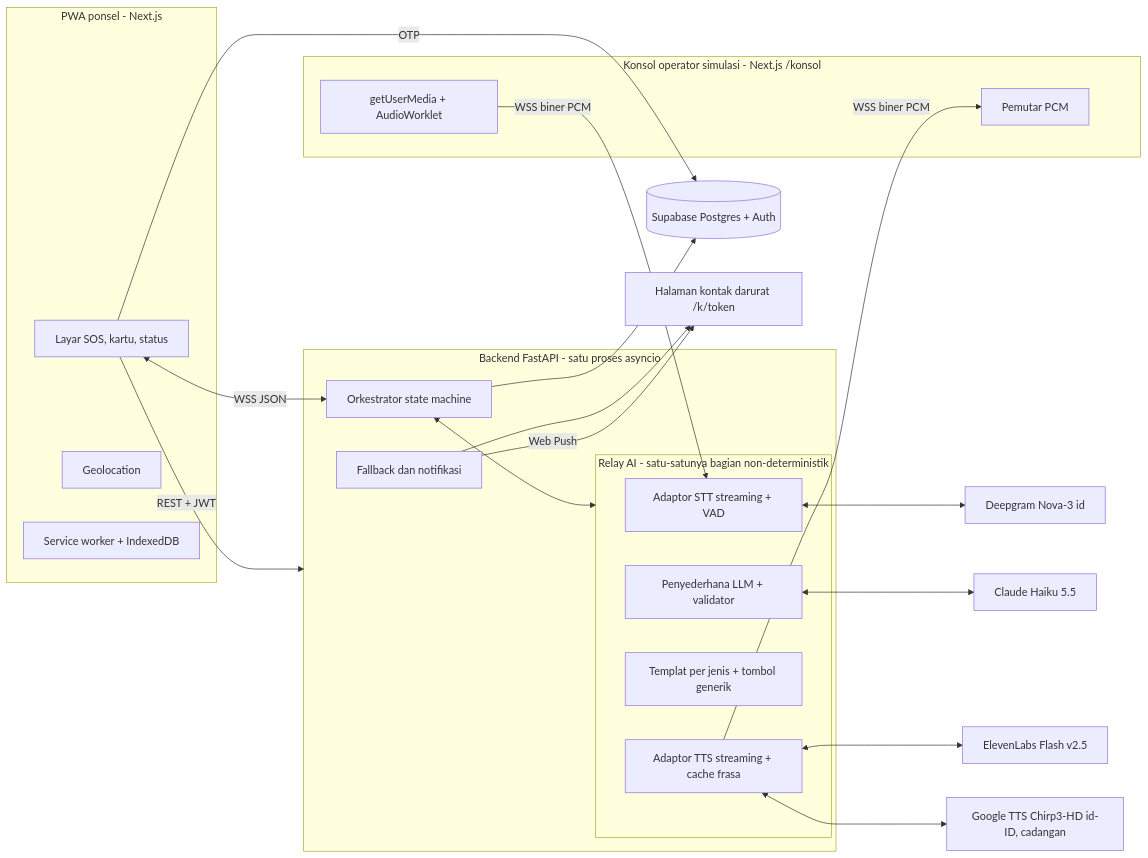
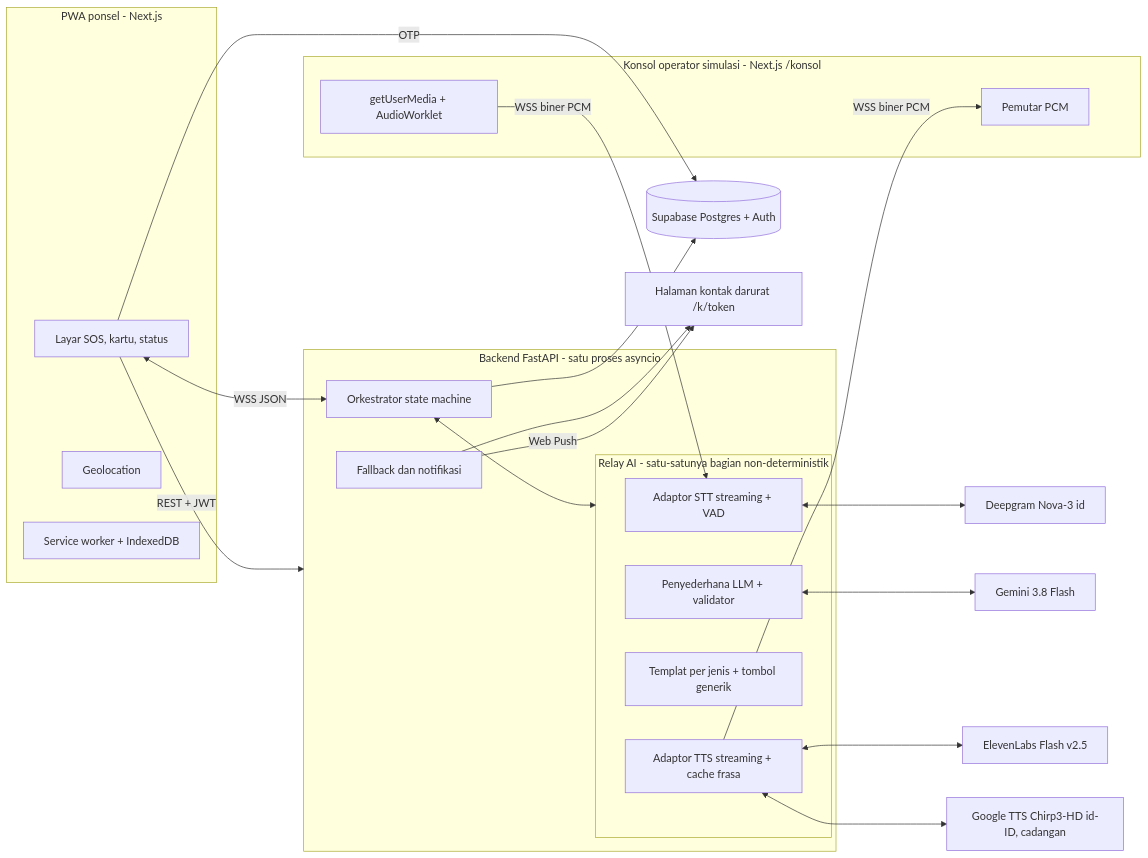
Before and after one commit to Faiz7557/IRIS-Inception: the first of 2 diagrams in README.md, drawn with Mermaid. The commit also changed other lines of this file and 5 other files, not shown here.

Commit message:
docs(llm): hapus sisa jejak claude opus dan haiku, tetapkan gemini flash sebagai llm utama

````diff
--- a/README.md
+++ b/README.md
@@ -89,42 +89,42 @@
 ```mermaid
 flowchart LR
   subgraph HP[PWA ponsel - Next.js]
     UI[Layar SOS, kartu, status]
     GPS[Geolocation]
     SW[Service worker + IndexedDB]
   end
   subgraph KONSOL[Konsol operator simulasi - Next.js /konsol]
     MIC[getUserMedia + AudioWorklet]
     SPK[Pemutar PCM]
   end
   subgraph API[Backend FastAPI - satu proses asyncio]
     ORK[Orkestrator state machine]
     FB[Fallback dan notifikasi]
     subgraph RELAY[Relay AI - satu-satunya bagian non-deterministik]
       STT[Adaptor STT streaming + VAD]
       LLM[Penyederhana LLM + validator]
       RULE[Templat per jenis + tombol generik]
       TTS[Adaptor TTS streaming + cache frasa]
     end
   end
   DB[(Supabase Postgres + Auth)]
   DG[Deepgram Nova-3 id]
-  CL[Claude Haiku 5.5]
+  GM[Gemini 3.8 Flash]
   EL[ElevenLabs Flash v2.5]
   GT[Google TTS Chirp3-HD id-ID, cadangan]
   KD[Halaman kontak darurat /k/token]
 
   UI <-- WSS JSON --> ORK
   MIC -- WSS biner PCM --> STT
   TTS -- WSS biner PCM --> SPK
   ORK <--> RELAY
   STT <--> DG
-  LLM <--> CL
+  LLM <--> GM
   TTS <--> EL
   TTS <--> GT
   ORK --> DB
   FB --> KD
   FB -- Web Push --> KD
   UI -- REST + JWT --> API
   UI -- OTP --> DB
 ```
````
